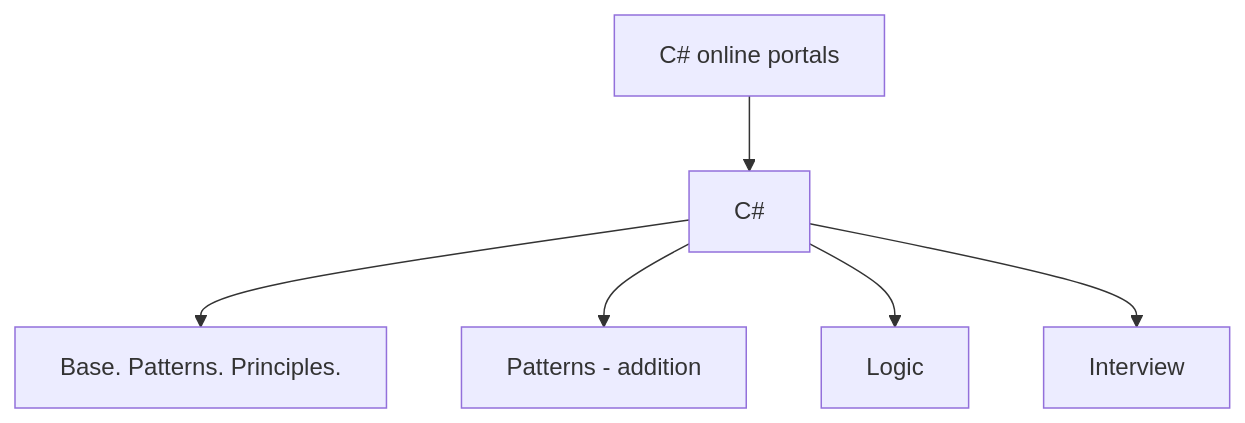
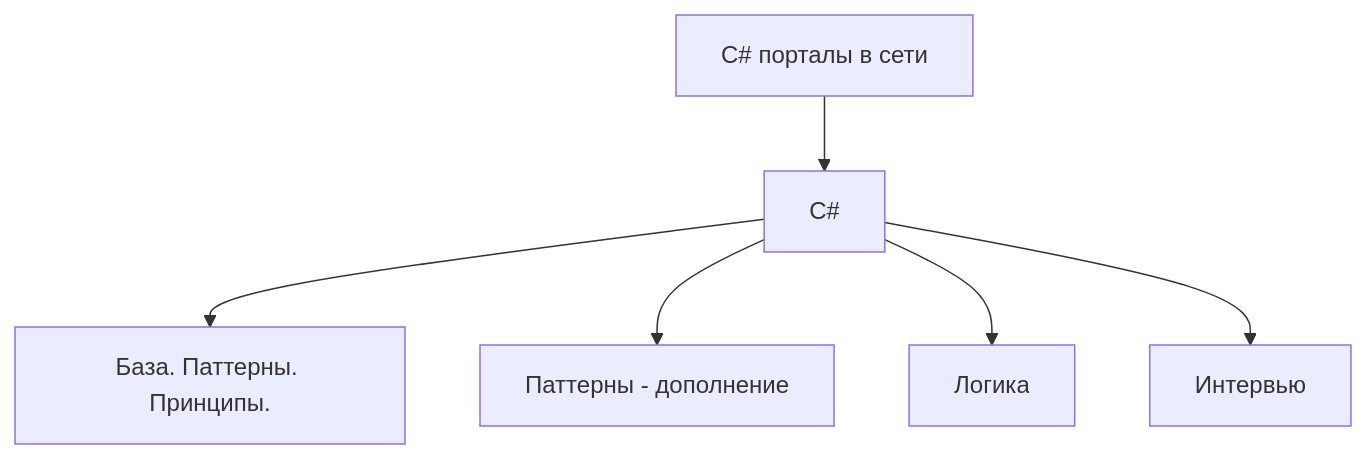
Before and after one commit to Dvurechensky/Dvurechensky: the fifth of 7 diagrams in docs/en.md, drawn with Mermaid. The commit also changed other lines of this file and 2 other files, not shown here.

````diff
--- a/docs/en.md
+++ b/docs/en.md
@@ -242,9 +239,9 @@
 ```mermaid
 graph TD
-  C[C# online portals]
+  C[C# порталы в сети]
   C --> N[C#]
-  N --> N1[Base. Patterns. Principles.]
-  N --> N2[Patterns - addition]
-  N --> N3[Logic]
-  N --> N4[Interview]
+  N --> N1[База. Паттерны. Принципы.]
+  N --> N2[Паттерны - дополнение]
+  N --> N3[Логика]
+  N --> N4[Интервью]
 ```
````
